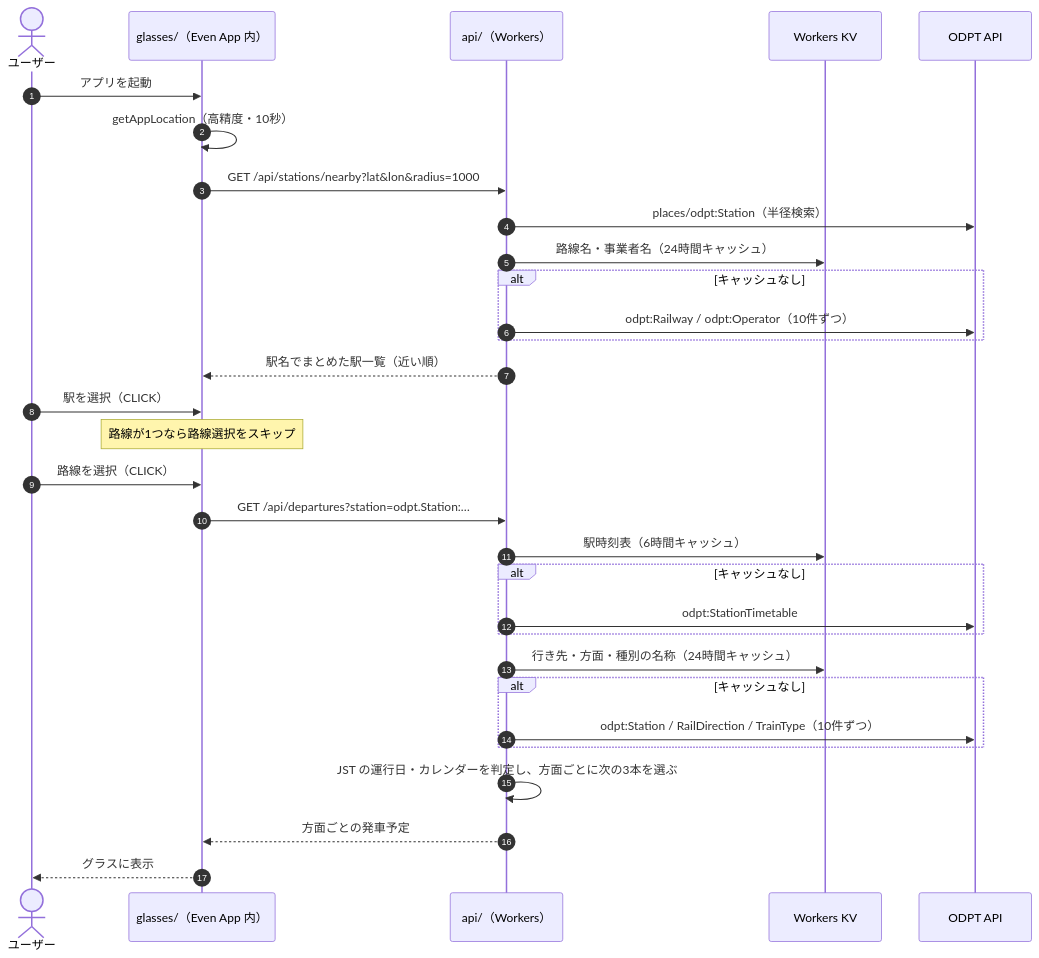
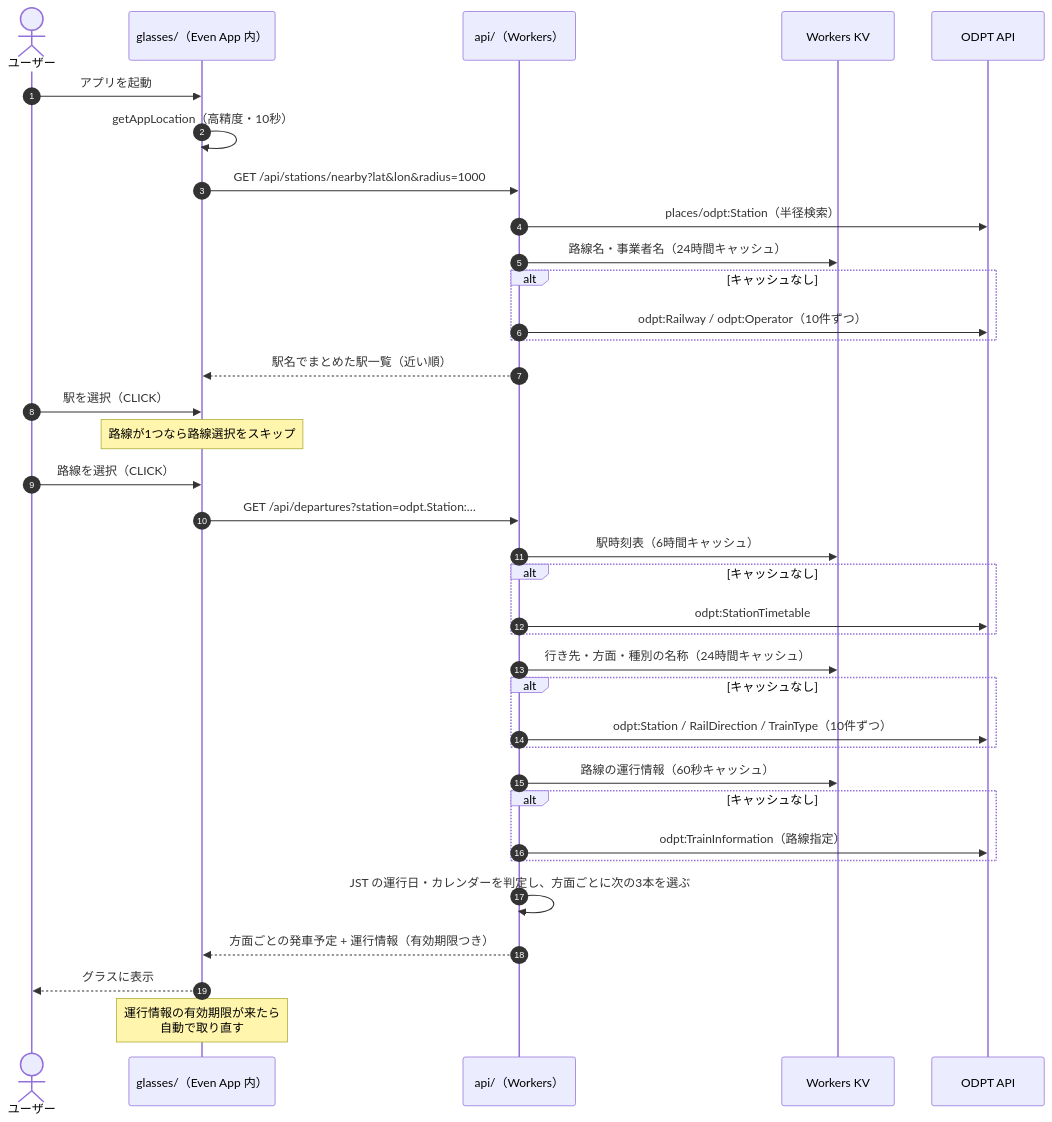
Before and after one commit to andoshin11/departure: the second of 4 diagrams in README.md, drawn with Mermaid. The commit also changed other lines of this file and 20 other files, not shown here.

````diff
--- a/README.md
+++ b/README.md
@@ -61,34 +61,39 @@
 ```mermaid
 sequenceDiagram
   autonumber
   actor User as ユーザー
   participant App as glasses/（Even App 内）
   participant API as api/（Workers）
   participant KV as Workers KV
   participant ODPT as ODPT API
 
   User->>App: アプリを起動
   App->>App: getAppLocation（高精度・10秒）
   App->>API: GET /api/stations/nearby?lat&lon&radius=1000
   API->>ODPT: places/odpt:Station（半径検索）
   API->>KV: 路線名・事業者名（24時間キャッシュ）
   alt キャッシュなし
     API->>ODPT: odpt:Railway / odpt:Operator（10件ずつ）
   end
   API-->>App: 駅名でまとめた駅一覧（近い順）
   User->>App: 駅を選択（CLICK）
   Note over App: 路線が1つなら路線選択をスキップ
   User->>App: 路線を選択（CLICK）
   App->>API: GET /api/departures?station=odpt.Station:…
   API->>KV: 駅時刻表（6時間キャッシュ）
   alt キャッシュなし
     API->>ODPT: odpt:StationTimetable
   end
   API->>KV: 行き先・方面・種別の名称（24時間キャッシュ）
   alt キャッシュなし
     API->>ODPT: odpt:Station / RailDirection / TrainType（10件ずつ）
   end
+  API->>KV: 路線の運行情報（60秒キャッシュ）
+  alt キャッシュなし
+    API->>ODPT: odpt:TrainInformation（路線指定）
+  end
   API->>API: JST の運行日・カレンダーを判定し、方面ごとに次の3本を選ぶ
-  API-->>App: 方面ごとの発車予定
+  API-->>App: 方面ごとの発車予定 + 運行情報（有効期限つき）
   App-->>User: グラスに表示
+  Note over App: 運行情報の有効期限が来たら<br/>自動で取り直す
 ```
````
